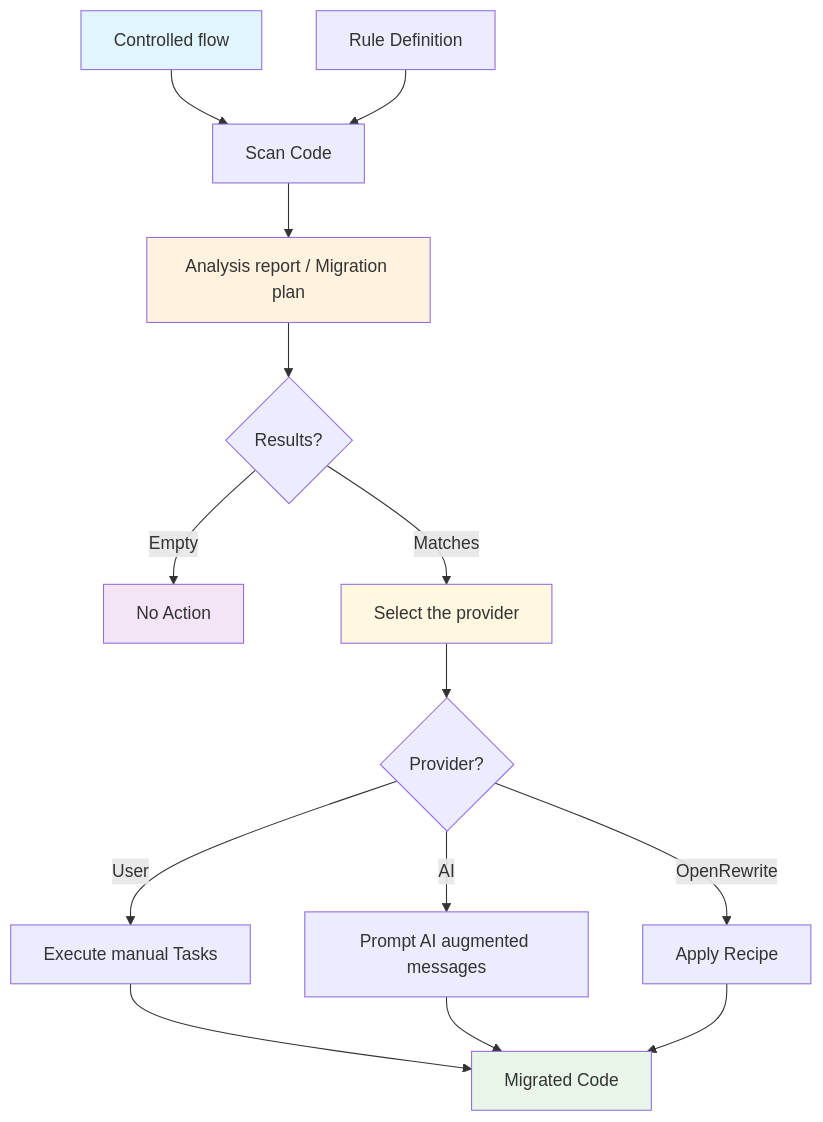
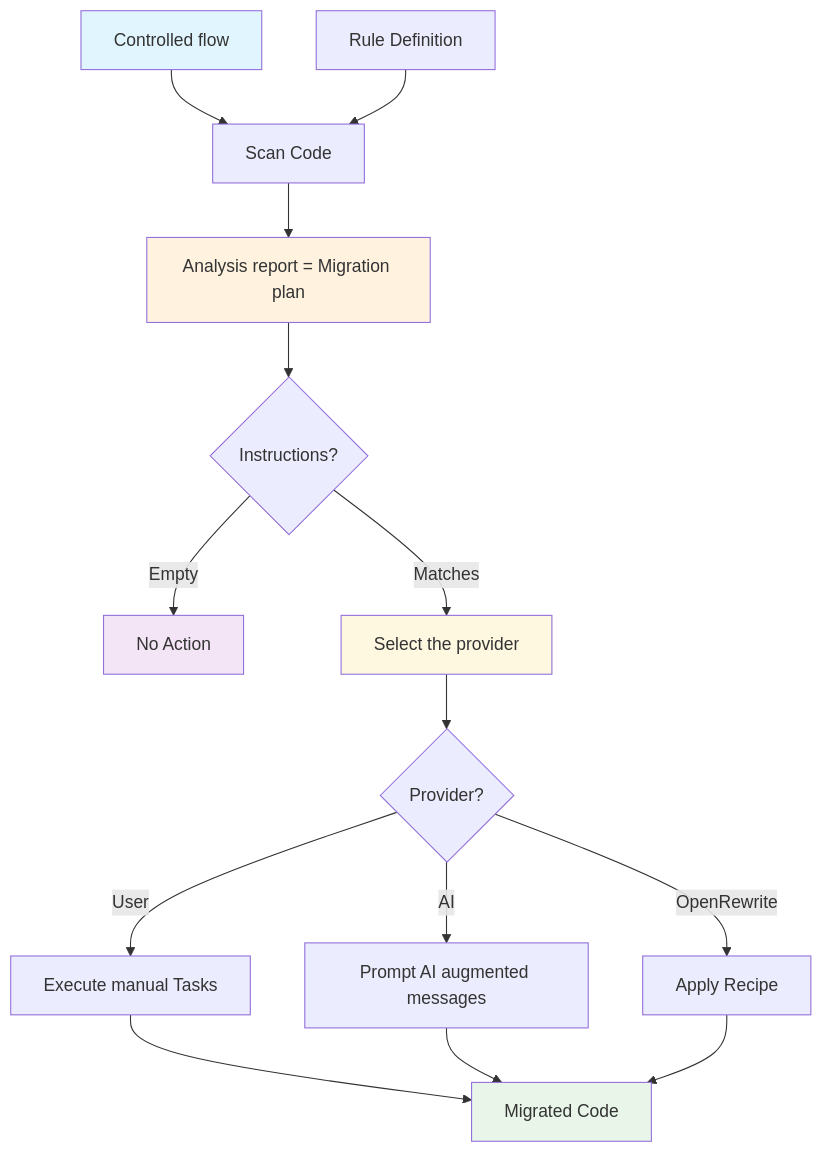
One commit to snowdrop/migration-tool changed the second of 2 diagrams in README.md. Above: the diagram before and after it, drawn with Mermaid. The commit also changed other lines of this file, not shown here.

Commit message:
Review the instructions. 4

````diff
--- a/README.md
+++ b/README.md
@@ -25,22 +31,22 @@
 ```mermaid
 flowchart TD
     A[Controlled flow] --> B[Scan Code]
     A1[Rule Definition] --> B[Scan Code]
-    B --> C[Analysis report / Migration plan]
-    C --> D{Results?}
+    B --> C[Analysis report = Migration plan]
+    C --> D{Instructions?}
     D -->|Empty| E[No Action]
     D -->|Matches| F[Select the provider]
     F --> G{Provider?}
     G -->|User| H[Execute manual Tasks]
     G -->|AI| I[Prompt AI augmented messages]
     G -->|OpenRewrite| J[Apply Recipe]
     H --> K[Migrated Code]
     I --> K
     J --> K
 
     style A fill:#e1f5fe
     style C fill:#fff3e0
     style E fill:#f3e5f5
     style K fill:#e8f5e8
     style F fill:#fff8e1
 ```
````
